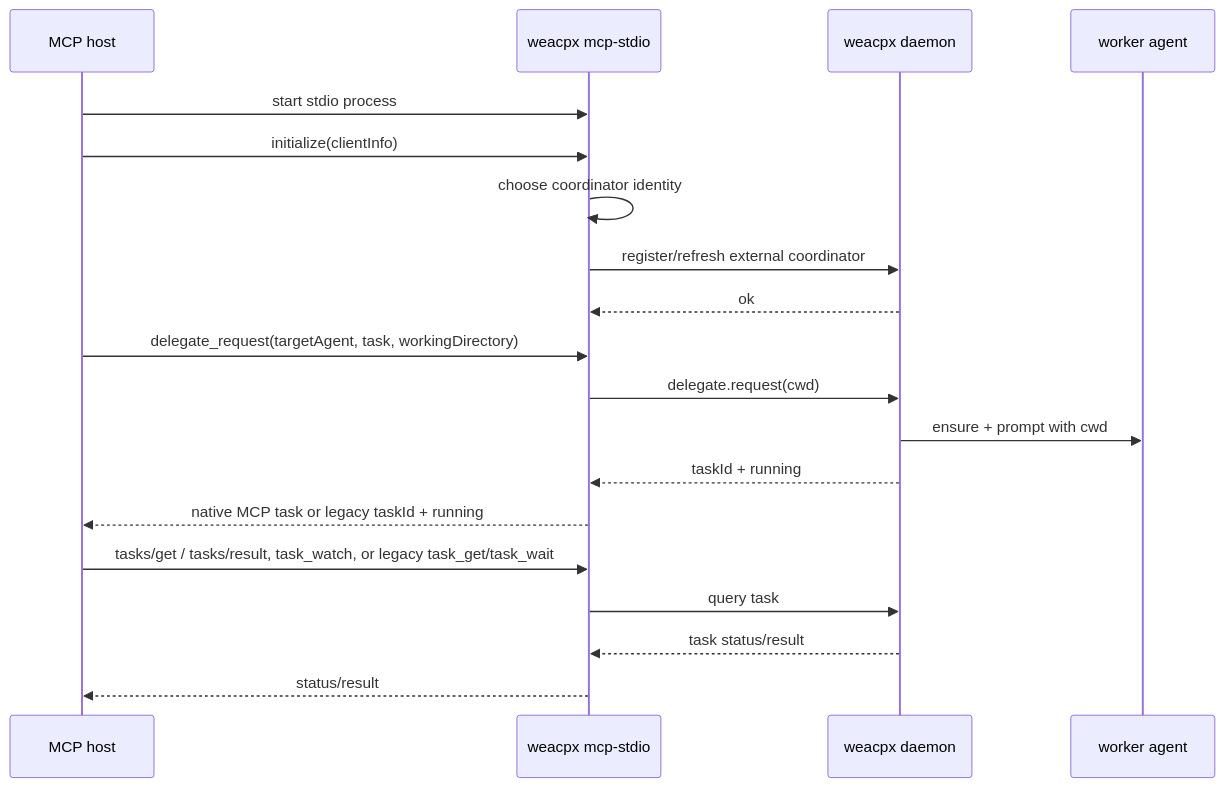
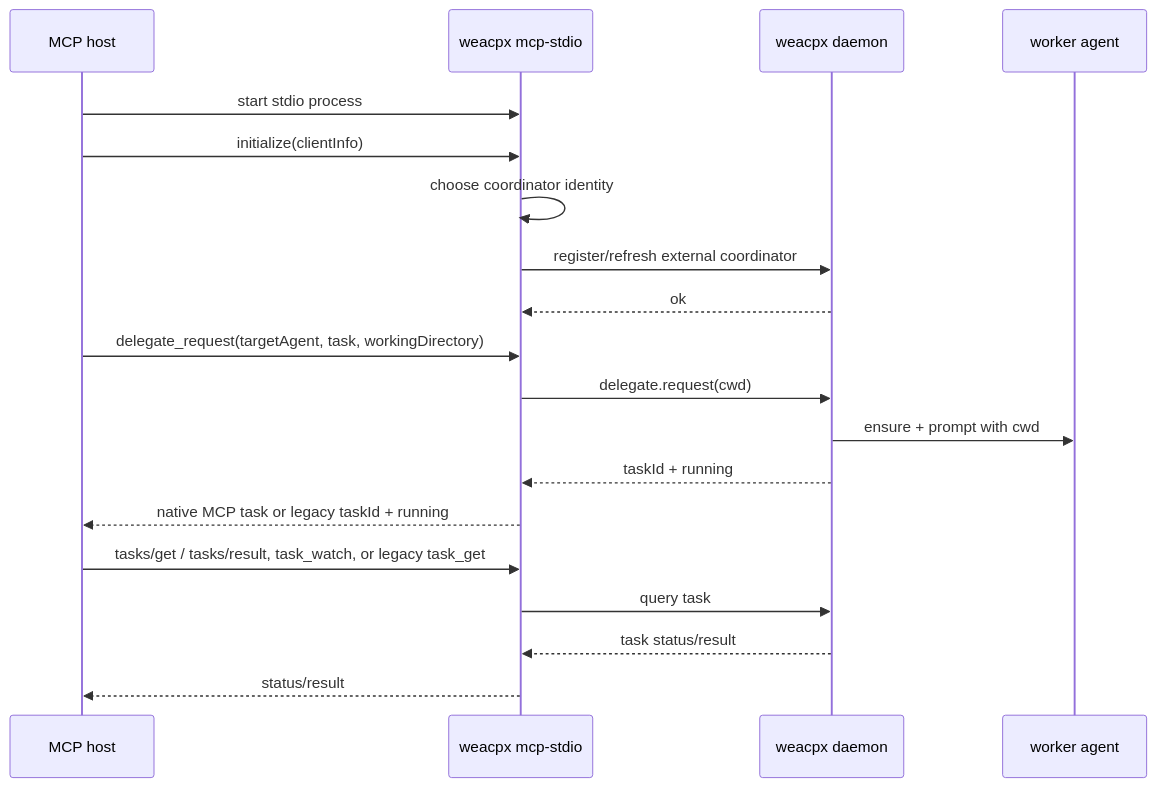
Before and after one commit to gadzan/weacpx: the fourth of 4 diagrams in docs/external-mcp.md, drawn with Mermaid. The commit also changed other lines of this file and 15 other files, not shown here.

First line of the commit message:
refactor: remove task_wait, fold blocking waits into task_watch

````diff
--- a/docs/external-mcp.md
+++ b/docs/external-mcp.md
@@ -235,22 +235,22 @@
 ```mermaid
 sequenceDiagram
   participant Host as MCP host
   participant Mcp as weacpx mcp-stdio
   participant Daemon as weacpx daemon
   participant Worker as worker agent
 
   Host->>Mcp: start stdio process
   Host->>Mcp: initialize(clientInfo)
   Mcp->>Mcp: choose coordinator identity
   Mcp->>Daemon: register/refresh external coordinator
   Daemon-->>Mcp: ok
   Host->>Mcp: delegate_request(targetAgent, task, workingDirectory)
   Mcp->>Daemon: delegate.request(cwd)
   Daemon->>Worker: ensure + prompt with cwd
   Daemon-->>Mcp: taskId + running
   Mcp-->>Host: native MCP task or legacy taskId + running
-  Host->>Mcp: tasks/get / tasks/result, task_watch, or legacy task_get/task_wait
+  Host->>Mcp: tasks/get / tasks/result, task_watch, or legacy task_get
   Mcp->>Daemon: query task
   Daemon-->>Mcp: task status/result
   Mcp-->>Host: status/result
 ```
````
